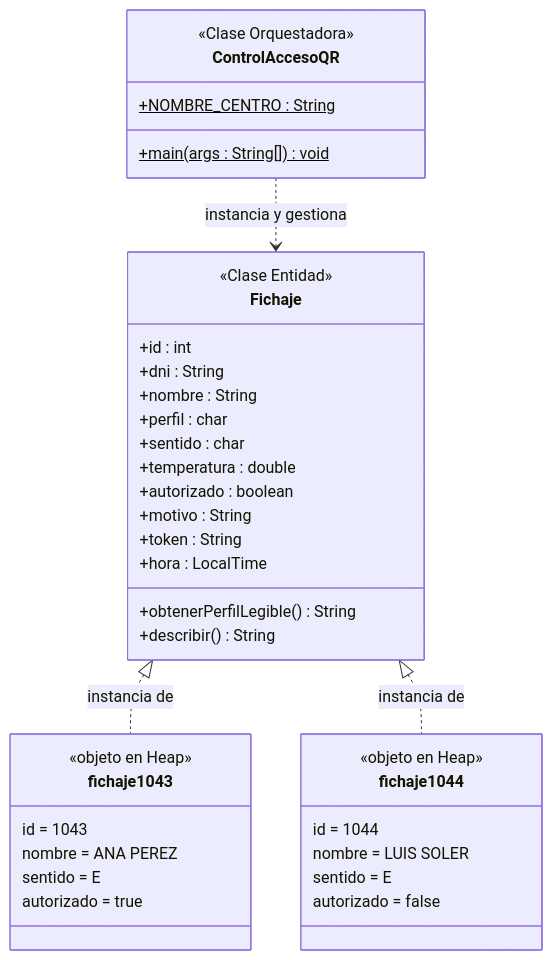
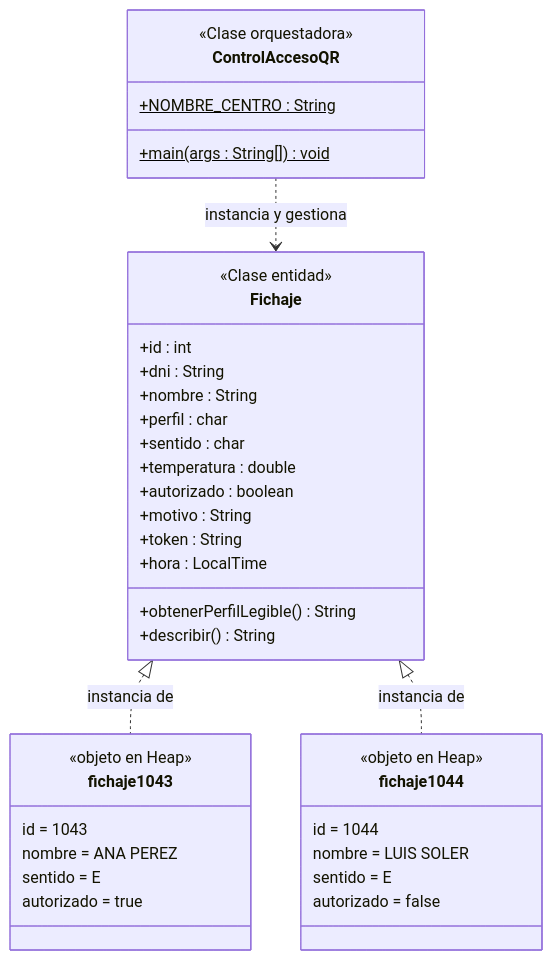
One commit to garmarcj/DAM-PR-20262027 changed the first of 16 diagrams in docs/unidad4.md. Above: the diagram before and after it, drawn with Mermaid. The commit also changed other lines of this file, not shown here.

````diff
--- a/docs/unidad4.md
+++ b/docs/unidad4.md
@@ -30,40 +30,40 @@
 ```mermaid
 classDiagram
     class ControlAccesoQR {
-        <<Clase Orquestadora>>
+        <<Clase orquestadora>>
         +NOMBRE_CENTRO : String$
         +main(args : String[]) void$
     }
     class Fichaje {
-        <<Clase Entidad>>
+        <<Clase entidad>>
         +id : int
         +dni : String
         +nombre : String
         +perfil : char
         +sentido : char
         +temperatura : double
         +autorizado : boolean
         +motivo : String
         +token : String
         +hora : LocalTime
         +obtenerPerfilLegible() String
         +describir() String
     }
     class fichaje1043 {
         <<objeto en Heap>>
         id = 1043
         nombre = ANA PEREZ
         sentido = E
         autorizado = true
     }
     class fichaje1044 {
         <<objeto en Heap>>
         id = 1044
         nombre = LUIS SOLER
         sentido = E
         autorizado = false
     }
     ControlAccesoQR ..> Fichaje : instancia y gestiona
     Fichaje <|.. fichaje1043 : instancia de
     Fichaje <|.. fichaje1044 : instancia de
 ```
````
